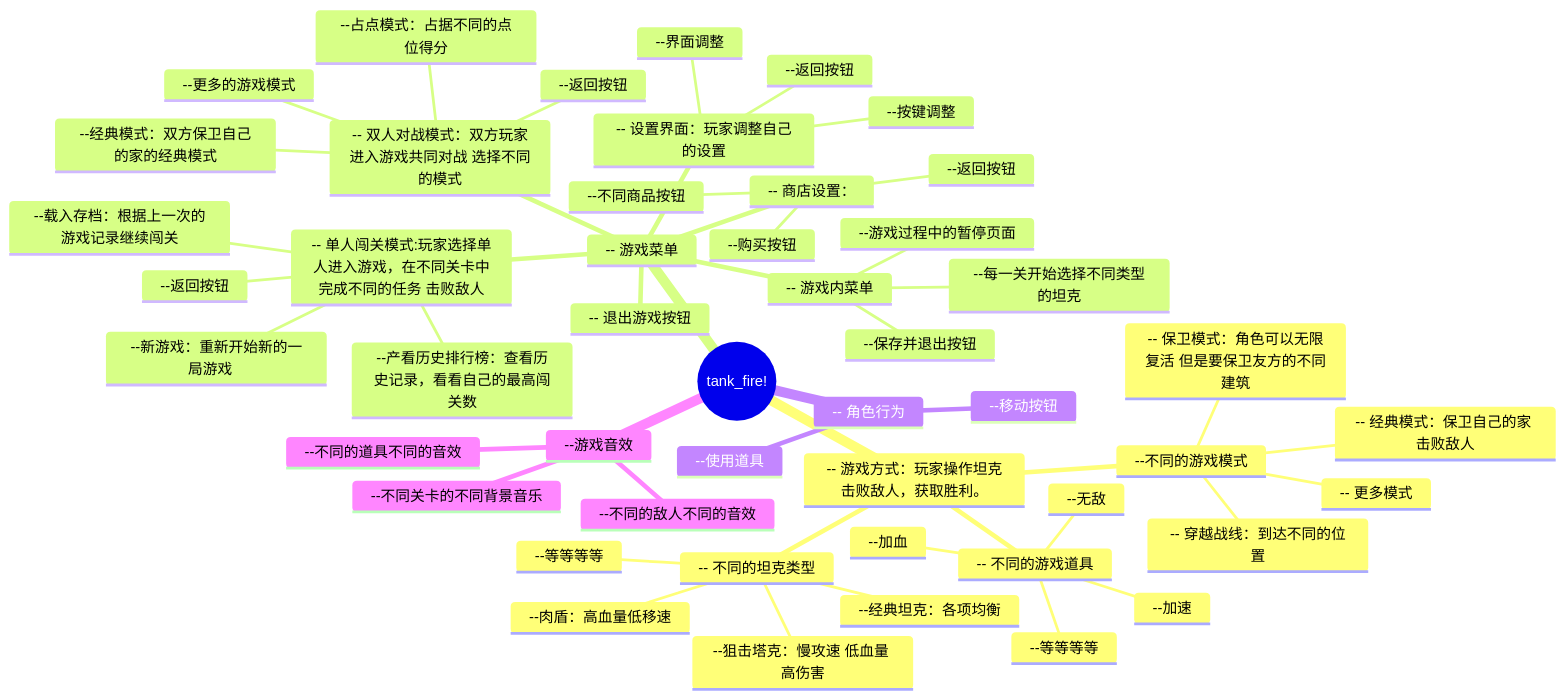
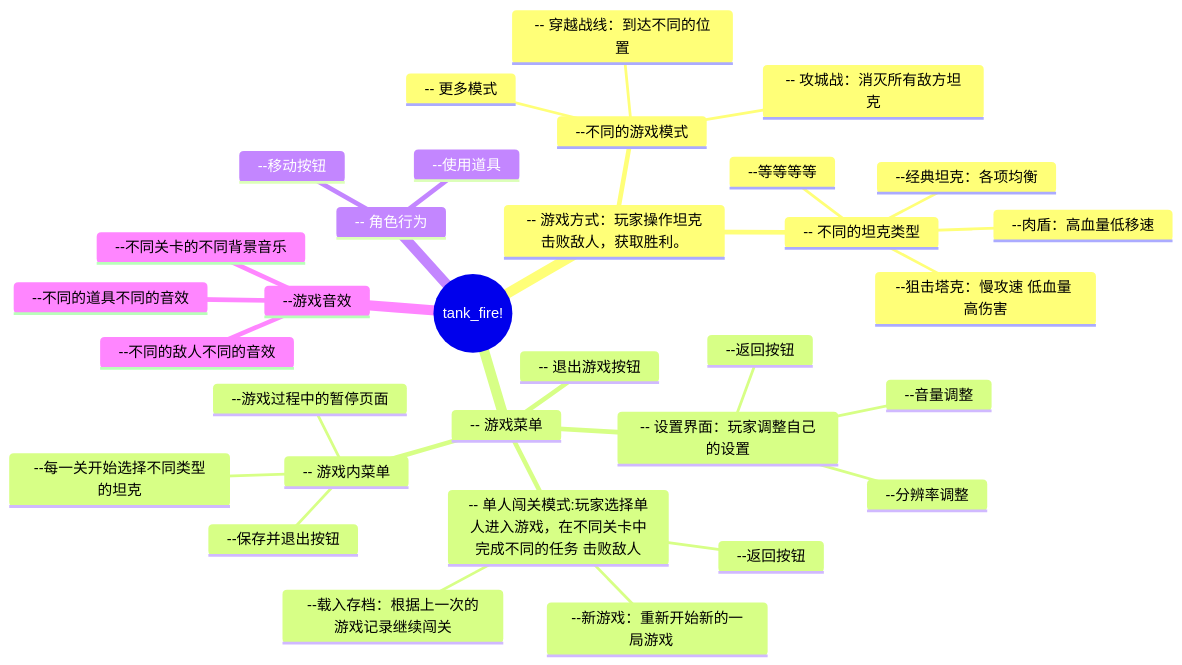
The first of 3 diagrams in README.md (bjhh2005/tank_fire), drawn with Mermaid before and after one commit. The commit also changed other lines of this file and 7 other files, not shown here.

````diff
--- a/README.md
+++ b/README.md
@@ -3,53 +3,36 @@
 ```mermaid
 mindmap
   root((tank_fire!))
     -- 游戏方式：玩家操作坦克击败敌人，获取胜利。
         --不同的游戏模式
-            -- 经典模式：保卫自己的家 击败敌人
             -- 穿越战线：到达不同的位置
-            -- 保卫模式：角色可以无限复活 但是要保卫友方的不同建筑
+            -- 攻城战：消灭所有敌方坦克
             -- 更多模式
-        -- 不同的游戏道具
-            --加速
-            --加血
-            --无敌
-            --等等等等
         -- 不同的坦克类型
             --经典坦克：各项均衡
             --狙击塔克：慢攻速 低血量 高伤害
             --肉盾：高血量低移速
             --等等等等
 
     -- 游戏菜单
         -- 单人闯关模式:玩家选择单人进入游戏，在不同关卡中完成不同的任务 击败敌人
             --新游戏：重新开始新的一局游戏   
             --载入存档：根据上一次的游戏记录继续闯关
-            --产看历史排行榜：查看历史记录，看看自己的最高闯关数
-            --返回按钮
-        -- 双人对战模式：双方玩家进入游戏共同对战 选择不同的模式
-            --经典模式：双方保卫自己的家的经典模式
-            --占点模式：占据不同的点位得分
-            --更多的游戏模式
-            --返回按钮
-        -- 商店设置：
-            --不同商品按钮
-            --购买按钮
             --返回按钮
         -- 设置界面：玩家调整自己的设置
-            --按键调整
-            --界面调整
+            --音量调整
+            --分辨率调整
             --返回按钮
         -- 退出游戏按钮
         -- 游戏内菜单
             --游戏过程中的暂停页面
             --保存并退出按钮
             --每一关开始选择不同类型的坦克
-
     -- 角色行为
         --移动按钮
         --使用道具
     --游戏音效
         --不同关卡的不同背景音乐
         --不同的道具不同的音效
         --不同的敌人不同的音效
 ```
````
